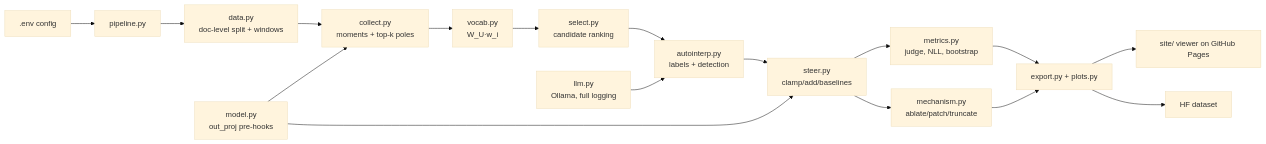
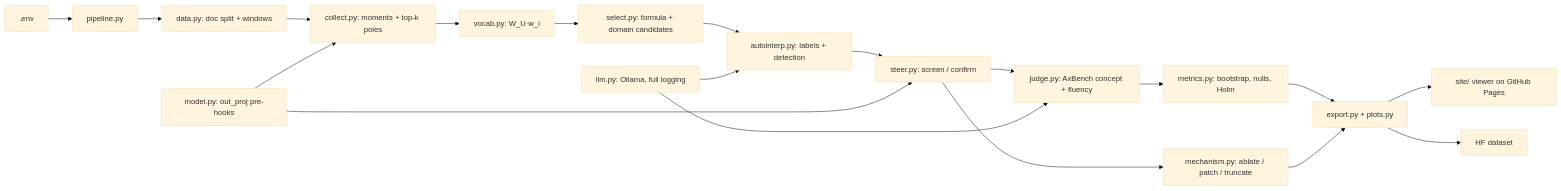
The diagram in README.md (BurnyCoder/mamba-neuron-mechanistic-interpretability), drawn with Mermaid (base theme) before and after one commit. The commit also changed other lines of this file and 42 other files, not shown here.

````diff
--- a/README.md
+++ b/README.md
@@ -41,19 +99,21 @@
 ```mermaid
 flowchart LR
-  env[.env config] --> P[pipeline.py]
-  P --> D[data.py<br/>doc-level split + windows]
-  D --> C[collect.py<br/>moments + top-k poles]
-  M[model.py<br/>out_proj pre-hooks] --> C
-  C --> V[vocab.py<br/>W_U·w_i]
-  V --> S[select.py<br/>candidate ranking]
-  S --> A[autointerp.py<br/>labels + detection]
-  L[llm.py<br/>Ollama, full logging] --> A
-  A --> ST[steer.py<br/>clamp/add/baselines]
-  M --> ST
-  ST --> ME[metrics.py<br/>judge, NLL, bootstrap]
-  ST --> MC[mechanism.py<br/>ablate/patch/truncate]
-  ME --> E[export.py + plots.py]
+  env[.env] --> P[pipeline.py]
+  P --> D[data.py: doc split + windows]
+  D --> C[collect.py: moments + top-k poles]
+  M[model.py: out_proj pre-hooks] --> C
+  C --> V[vocab.py: W_U·w_i]
+  V --> S[select.py: formula + domain candidates]
+  S --> A[autointerp.py: labels + detection]
+  L[llm.py: Ollama, full logging] --> A
+  A --> SC[steer.py: screen / confirm]
+  M --> SC
+  SC --> J[judge.py: AxBench concept + fluency]
+  L --> J
+  J --> ST[metrics.py: bootstrap, nulls, Holm]
+  SC --> MC[mechanism.py: ablate / patch / truncate]
+  ST --> E[export.py + plots.py]
   MC --> E
   E --> site[site/ viewer on GitHub Pages]
   E --> hf[HF dataset]
 ```
````
